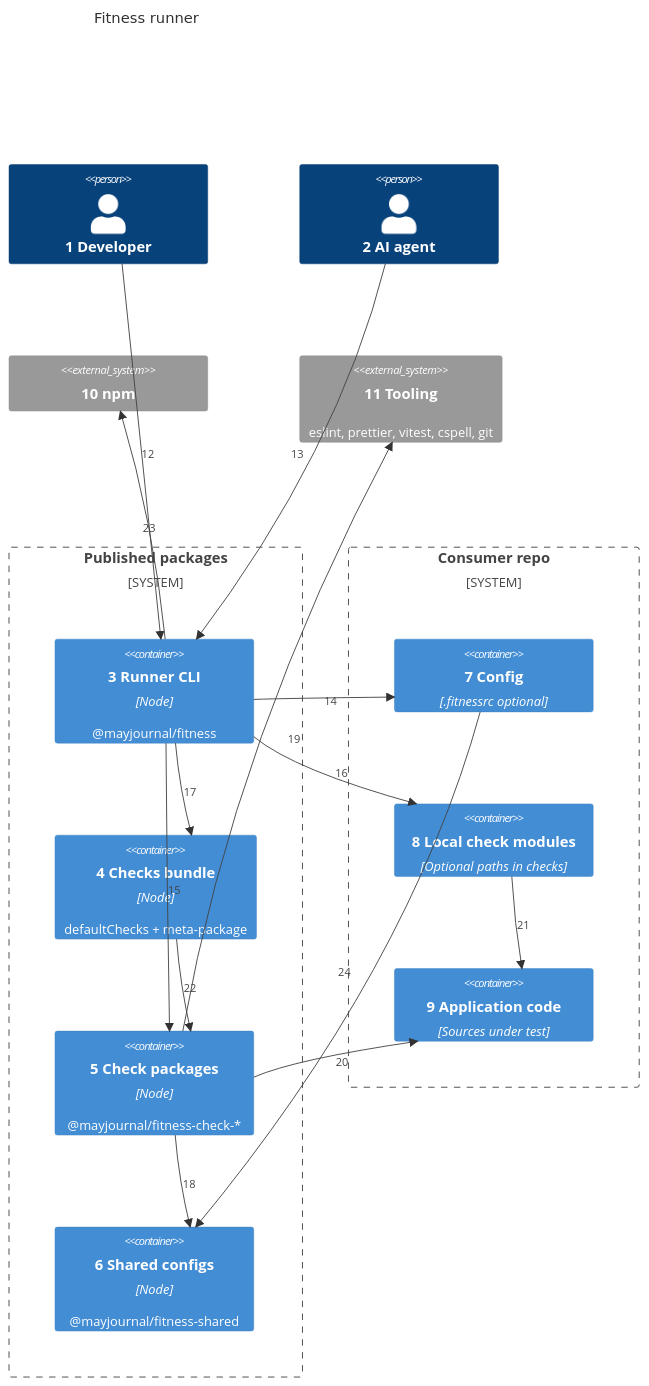
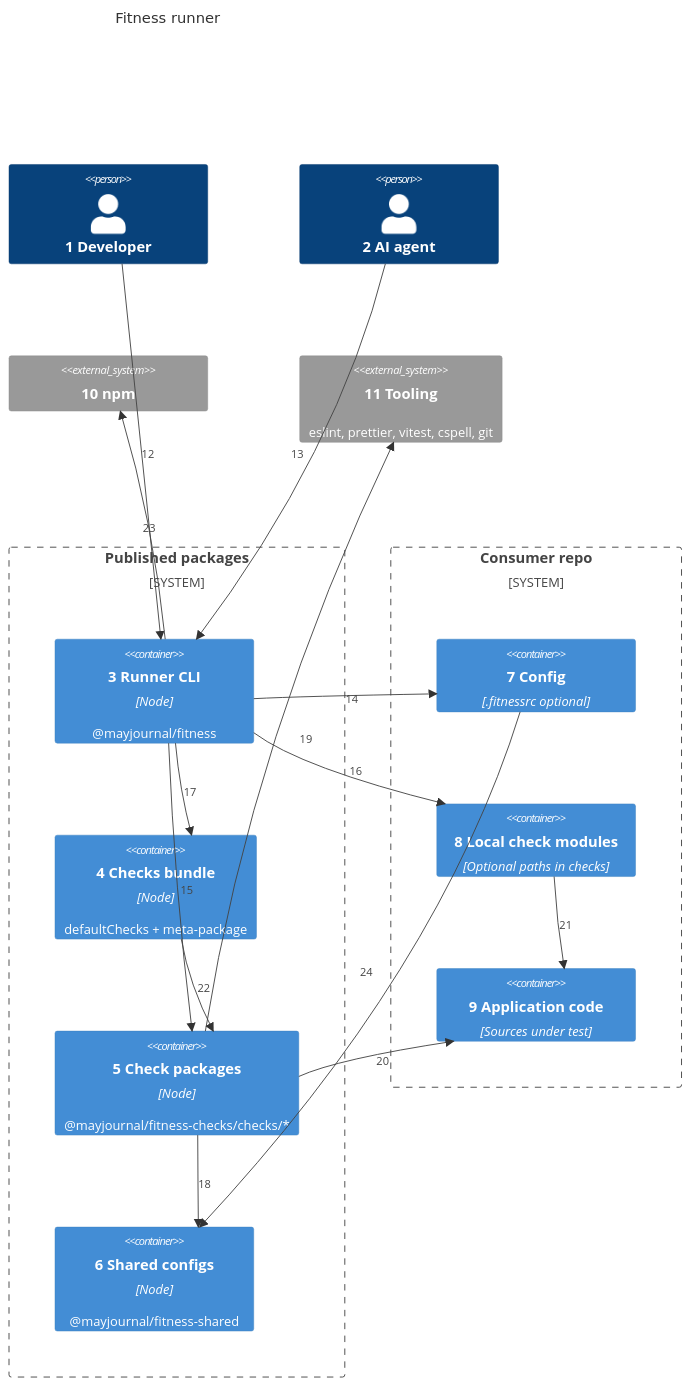
One commit to may-journal/fitness-runner changed the first of 2 diagrams in architecture/02-containers.md. Above: the diagram before and after it, drawn with Mermaid. The commit also changed other lines of this file and 22 other files, not shown here.

````diff
--- a/architecture/02-containers.md
+++ b/architecture/02-containers.md
@@ -7,37 +7,37 @@
 ```mermaid
 C4Container
     title Fitness runner
 
     Person(developer, "1 Developer")
     Person(agent, "2 AI agent")
 
     System_Boundary(publish, "Published packages") {
         Container(cli, "3 Runner CLI", "Node", "@mayjournal/fitness")
         Container(bundle, "4 Checks bundle", "Node", "defaultChecks + meta-package")
-        Container(checks, "5 Check packages", "Node", "@mayjournal/fitness-check-*")
+        Container(checks, "5 Check packages", "Node", "@mayjournal/fitness-checks/checks/*")
         Container(shared, "6 Shared configs", "Node", "@mayjournal/fitness-shared")
     }
 
     System_Boundary(consumer, "Consumer repo") {
         Container(rc, "7 Config", ".fitnessrc optional")
         Container(localChecks, "8 Local check modules", "Optional paths in checks")
         Container(code, "9 Application code", "Sources under test")
     }
 
     System_Ext(npm, "10 npm")
     System_Ext(tools, "11 Tooling", "eslint, prettier, vitest, cspell, git")
 
     Rel(developer, cli, "12")
     Rel(agent, cli, "13")
     Rel(cli, rc, "14")
     Rel(cli, checks, "15")
     Rel(cli, localChecks, "16")
     Rel(cli, bundle, "17")
     Rel(checks, shared, "18")
     Rel(checks, tools, "19")
     Rel(checks, code, "20")
     Rel(localChecks, code, "21")
     Rel(bundle, checks, "22")
     Rel(cli, npm, "23")
     Rel(rc, shared, "24")
 ```
````
